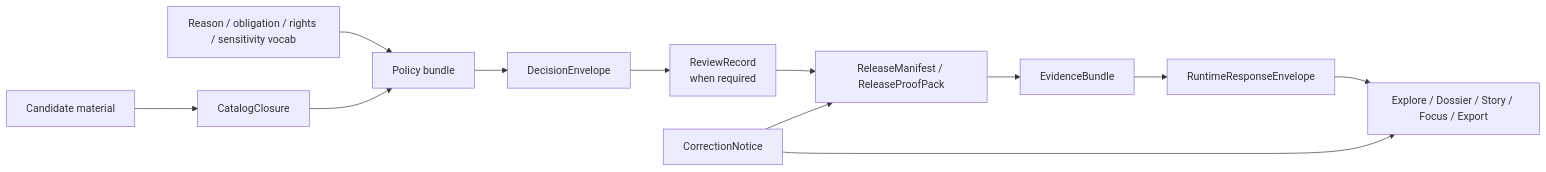
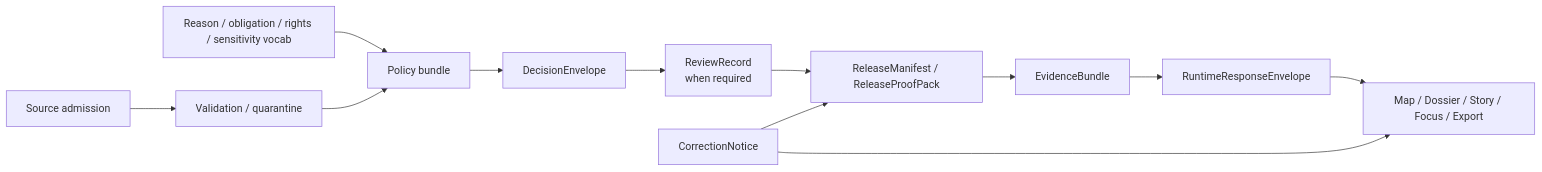
The diagram in policy/README.md (bartytime4life/Kansas-Frontier-Matrix), drawn with Mermaid before and after one commit. The commit also changed other lines of this file, not shown here.

````diff
--- a/policy/README.md
+++ b/policy/README.md
@@ -260,14 +272,14 @@
 ```mermaid
 flowchart LR
-  Candidate[Candidate material] --> Closure[CatalogClosure]
+  Source[Source admission] --> Validate[Validation / quarantine]
   Vocab[Reason / obligation / rights / sensitivity vocab] --> Bundle[Policy bundle]
-  Closure --> Bundle
+  Validate --> Bundle
   Bundle --> Decision[DecisionEnvelope]
   Decision --> Review[ReviewRecord<br/>when required]
   Review --> Release[ReleaseManifest / ReleaseProofPack]
   Release --> Evidence[EvidenceBundle]
   Evidence --> Runtime[RuntimeResponseEnvelope]
-  Runtime --> Surfaces[Explore / Dossier / Story / Focus / Export]
+  Runtime --> Surfaces[Map / Dossier / Story / Focus / Export]
   Correction[CorrectionNotice] --> Release
   Correction --> Surfaces
 ```
````
